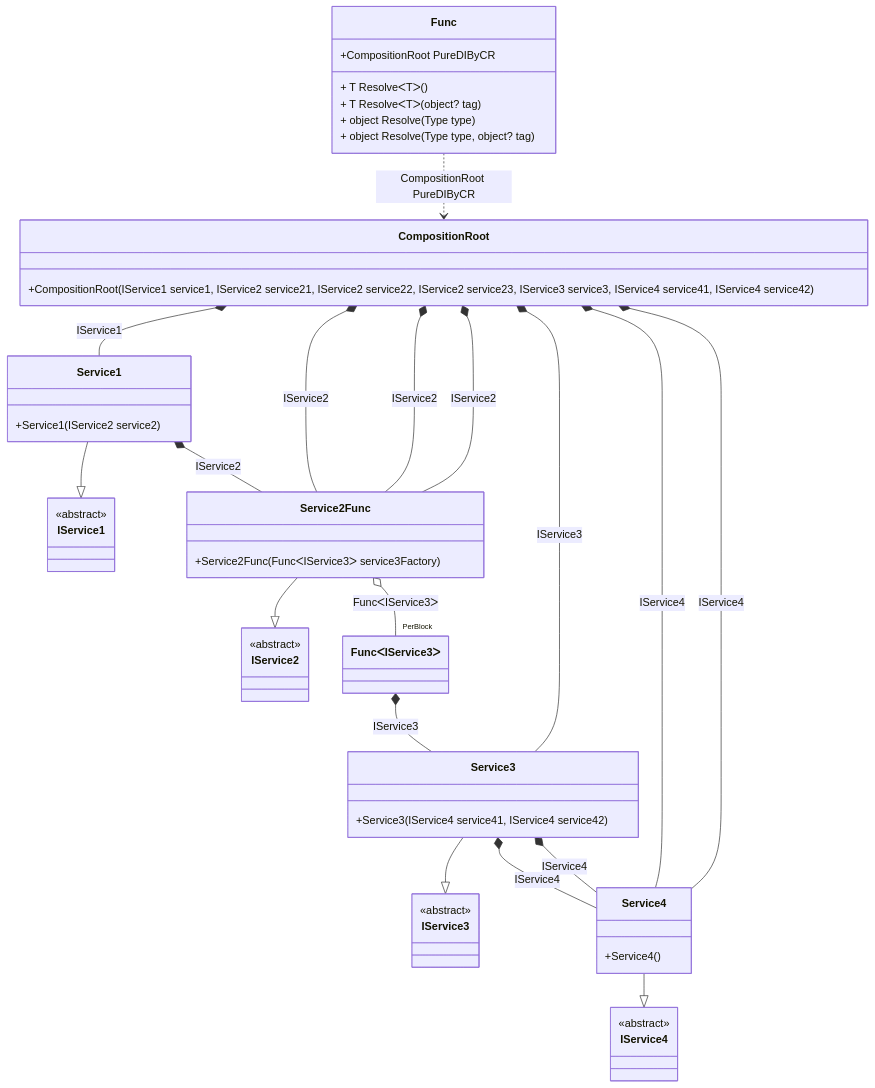
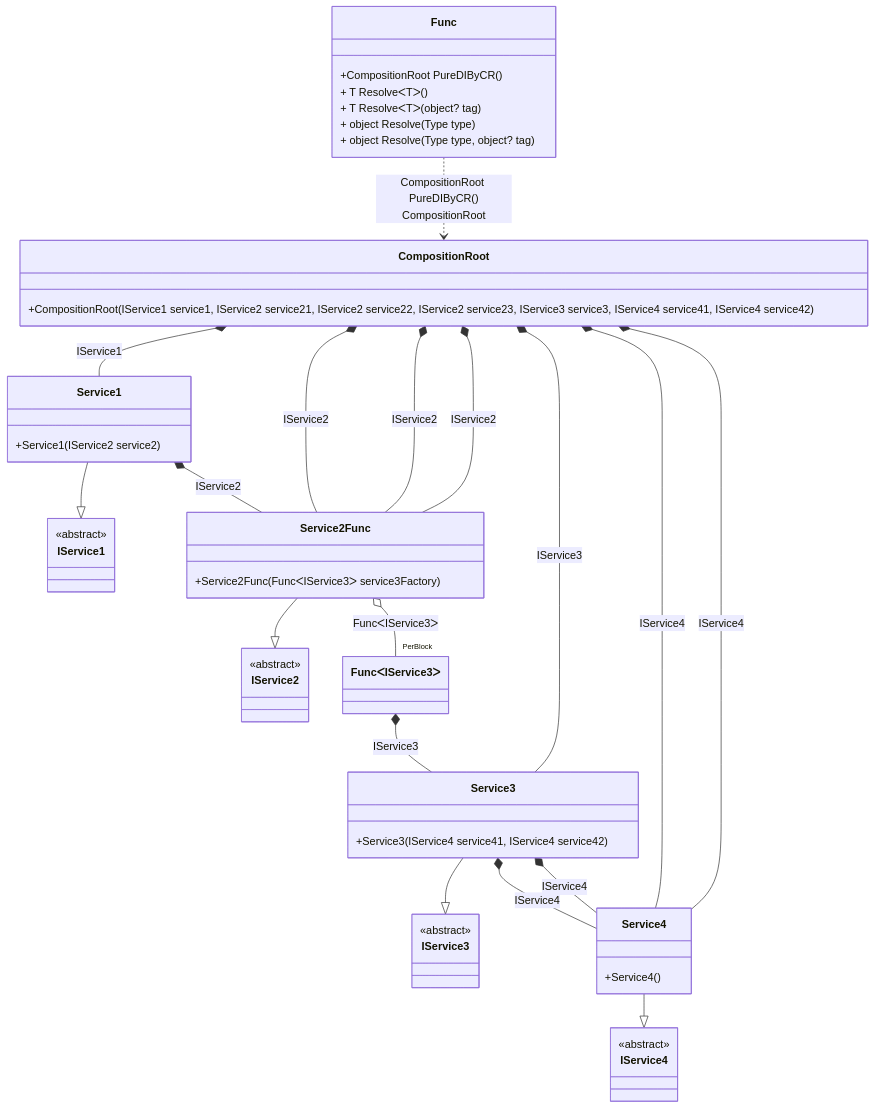
Before and after one commit to DevTeam/Pure.DI: the diagram in readme/FuncDetails.md, drawn with Mermaid. The commit also changed other lines of this file and 73 other files, not shown here.

````diff
--- a/readme/FuncDetails.md
+++ b/readme/FuncDetails.md
@@ -6,55 +6,55 @@
 ```mermaid
 classDiagram
   class Func {
-    +CompositionRoot PureDIByCR
+    +CompositionRoot PureDIByCR()
     + T ResolveᐸTᐳ()
     + T ResolveᐸTᐳ(object? tag)
     + object Resolve(Type type)
     + object Resolve(Type type, object? tag)
   }
   class CompositionRoot {
     +CompositionRoot(IService1 service1, IService2 service21, IService2 service22, IService2 service23, IService3 service3, IService4 service41, IService4 service42)
   }
   Service1 --|> IService1 : 
   class Service1 {
     +Service1(IService2 service2)
   }
   Service2Func --|> IService2 : 
   class Service2Func {
     +Service2Func(FuncᐸIService3ᐳ service3Factory)
   }
   Service3 --|> IService3 : 
   class Service3 {
     +Service3(IService4 service41, IService4 service42)
   }
   Service4 --|> IService4 : 
   class Service4 {
     +Service4()
   }
   class FuncᐸIService3ᐳ
   class IService1 {
     <<abstract>>
   }
   class IService2 {
     <<abstract>>
   }
   class IService3 {
     <<abstract>>
   }
   class IService4 {
     <<abstract>>
   }
   CompositionRoot *--  Service1 : IService1
   CompositionRoot *--  Service2Func : IService2
   CompositionRoot *--  Service2Func : IService2
   CompositionRoot *--  Service2Func : IService2
   CompositionRoot *--  Service3 : IService3
   CompositionRoot *--  Service4 : IService4
   CompositionRoot *--  Service4 : IService4
   Service1 *--  Service2Func : IService2
   Service2Func o--  "PerBlock" FuncᐸIService3ᐳ : FuncᐸIService3ᐳ
   Service3 *--  Service4 : IService4
   Service3 *--  Service4 : IService4
-  Func ..> CompositionRoot : CompositionRoot PureDIByCR
+  Func ..> CompositionRoot : CompositionRoot PureDIByCR()<br/>CompositionRoot
   FuncᐸIService3ᐳ *--  Service3 : IService3
 ```
````
